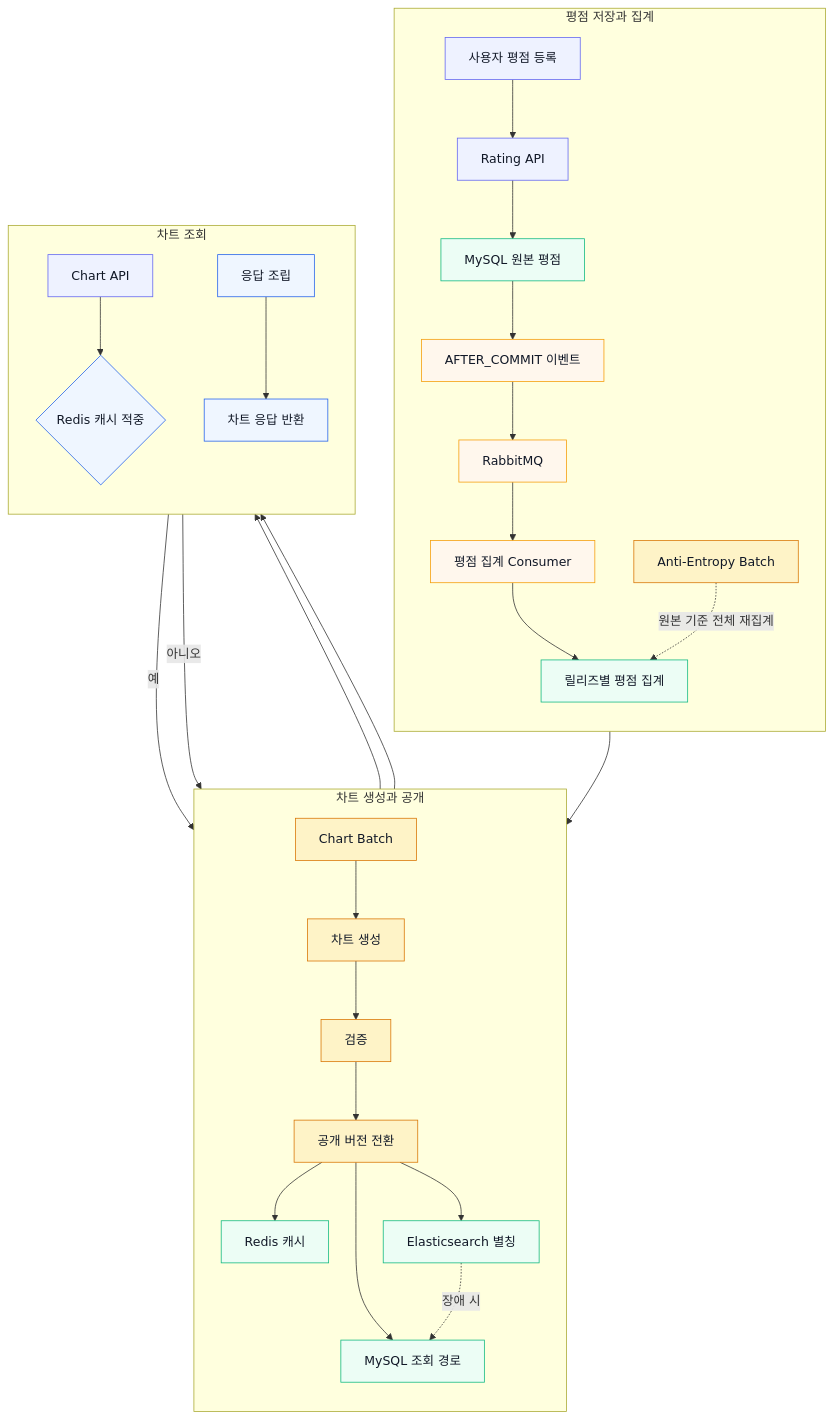
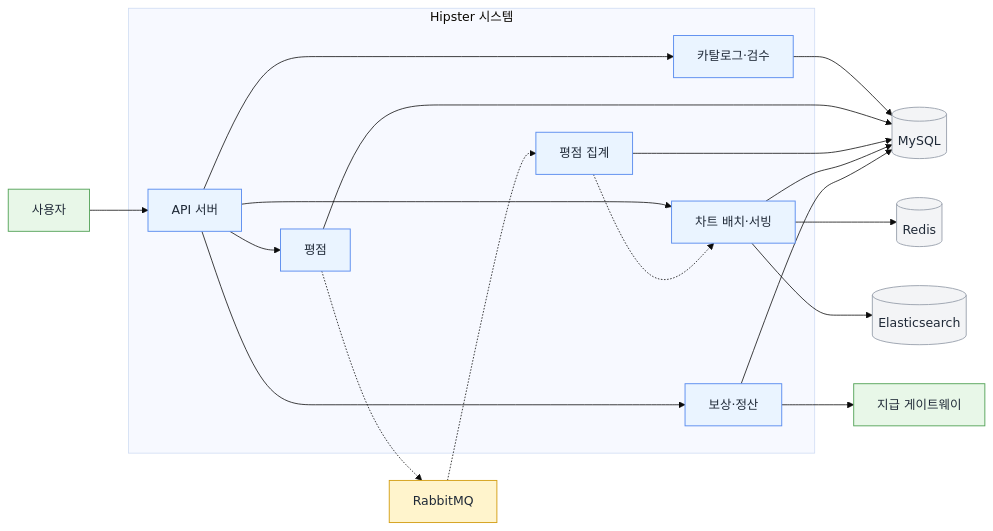
One commit to joohyeongzz81/hipster changed the first of 7 diagrams in README.md. Above: the diagram before and after it, drawn with Mermaid. The commit also changed other lines of this file and 4 other files, not shown here.

````diff
--- a/README.md
+++ b/README.md
@@ -20,47 +19,50 @@
 ```mermaid
-flowchart TD
-    subgraph RatingFlow["평점 저장과 집계"]
-        direction TD
-        A[사용자 평점 등록] --> B[Rating API]
-        B --> C[MySQL 원본 평점]
-        C --> D[AFTER_COMMIT 이벤트]
-        D --> E[RabbitMQ]
-        E --> F[평점 집계 Consumer]
-        F --> G[릴리즈별 평점 집계]
-        H[Anti-Entropy Batch] -. 원본 기준 전체 재집계 .-> G
+%%{init: {'theme':'base'}}%%
+flowchart LR
+    U[사용자]
+    DB[(MySQL)]
+    MQ[RabbitMQ]
+    CACHE[(Redis)]
+    ES[(Elasticsearch)]
+    PAY[지급 게이트웨이]
+
+    subgraph SYS[Hipster 시스템]
+        API[API 서버]
+        CAT[카탈로그·검수]
+        RATE[평점]
+        SUM[평점 집계]
+        CHART[차트 배치·서빙]
+        MONEY[보상·정산]
     end
 
-    subgraph PublishFlow["차트 생성과 공개"]
-        direction TD
-        G --> I[Chart Batch]
-        I --> J[차트 생성]
-        J --> K[검증]
-        K --> L[공개 버전 전환]
-        L --> M[Redis 캐시]
-        L --> N[Elasticsearch 별칭]
-        L --> O[MySQL 조회 경로]
-    end
+    U --> API
 
-    subgraph ReadFlow["차트 조회"]
-        direction TD
-        P[Chart API] --> Q{Redis 캐시 적중}
-        Q -->|예| M
-        Q -->|아니오| N
-        N --> R[응답 조립]
-        N -. 장애 시 .-> O
-        O --> R
-        R --> S[차트 응답 반환]
-    end
+    API --> CAT
+    API --> RATE
+    API --> CHART
+    API --> MONEY
 
-    classDef api fill:#eef2ff,stroke:#6366f1,color:#111827;
-    classDef store fill:#ecfdf5,stroke:#10b981,color:#111827;
-    classDef async fill:#fff7ed,stroke:#f59e0b,color:#111827;
-    classDef batch fill:#fef3c7,stroke:#d97706,color:#111827;
-    classDef query fill:#eff6ff,stroke:#2563eb,color:#111827;
+    CAT --> DB
+    RATE --> DB
+    SUM --> DB
+    CHART --> DB
+    MONEY --> DB
 
-    class A,B,P api;
-    class C,G,M,N,O store;
-    class D,E,F async;
-    class H,I,J,K,L batch;
-    class Q,R,S query;
+    RATE -.-> MQ
+    MQ -.-> SUM
+    SUM -.-> CHART
+
+    CHART --> CACHE
+    CHART --> ES
+    MONEY --> PAY
+
+    classDef process fill:#eaf4ff,stroke:#5b8def,color:#1f2937,stroke-width:1.2px;
+    classDef batch fill:#fff4cc,stroke:#d4a017,color:#1f2937,stroke-width:1.2px;
+    classDef store fill:#f3f4f6,stroke:#9ca3af,color:#1f2937,stroke-width:1.2px;
+    classDef external fill:#e8f7e8,stroke:#58a55c,color:#1f2937,stroke-width:1.2px;
+
+    class API,CAT,RATE,SUM,CHART,MONEY process;
+    class MQ batch;
+    class DB,CACHE,ES store;
+    class U,PAY external;
 ```
````
